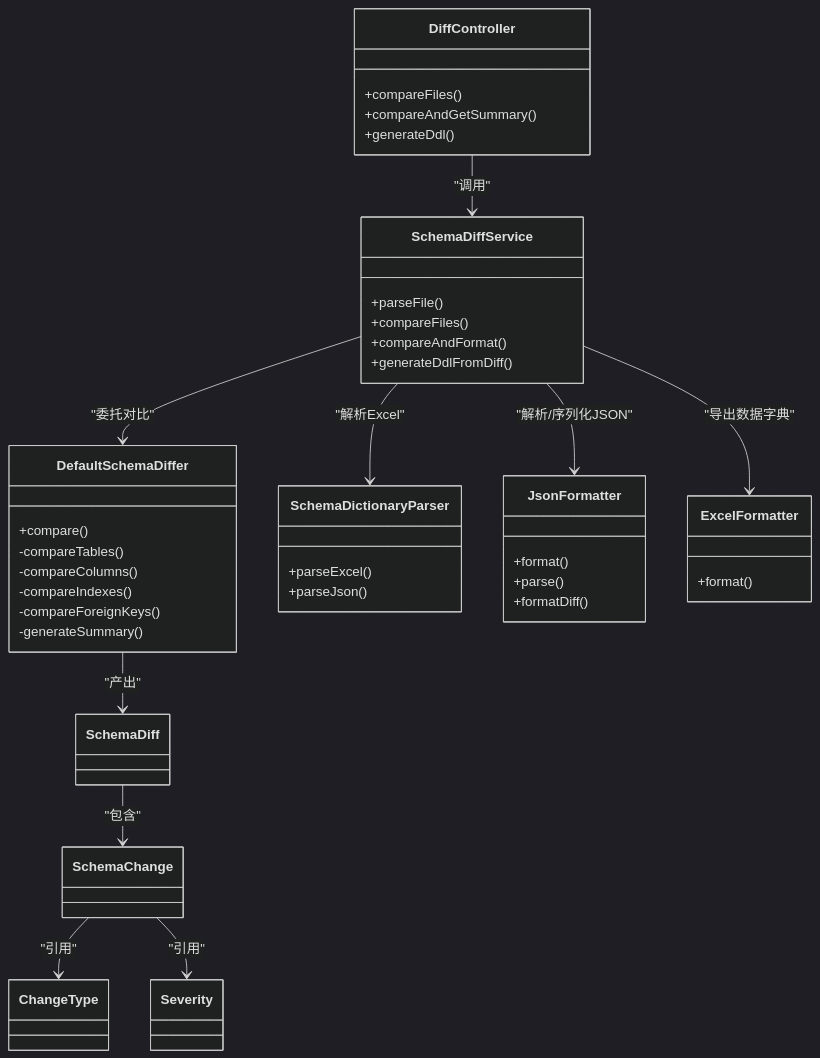
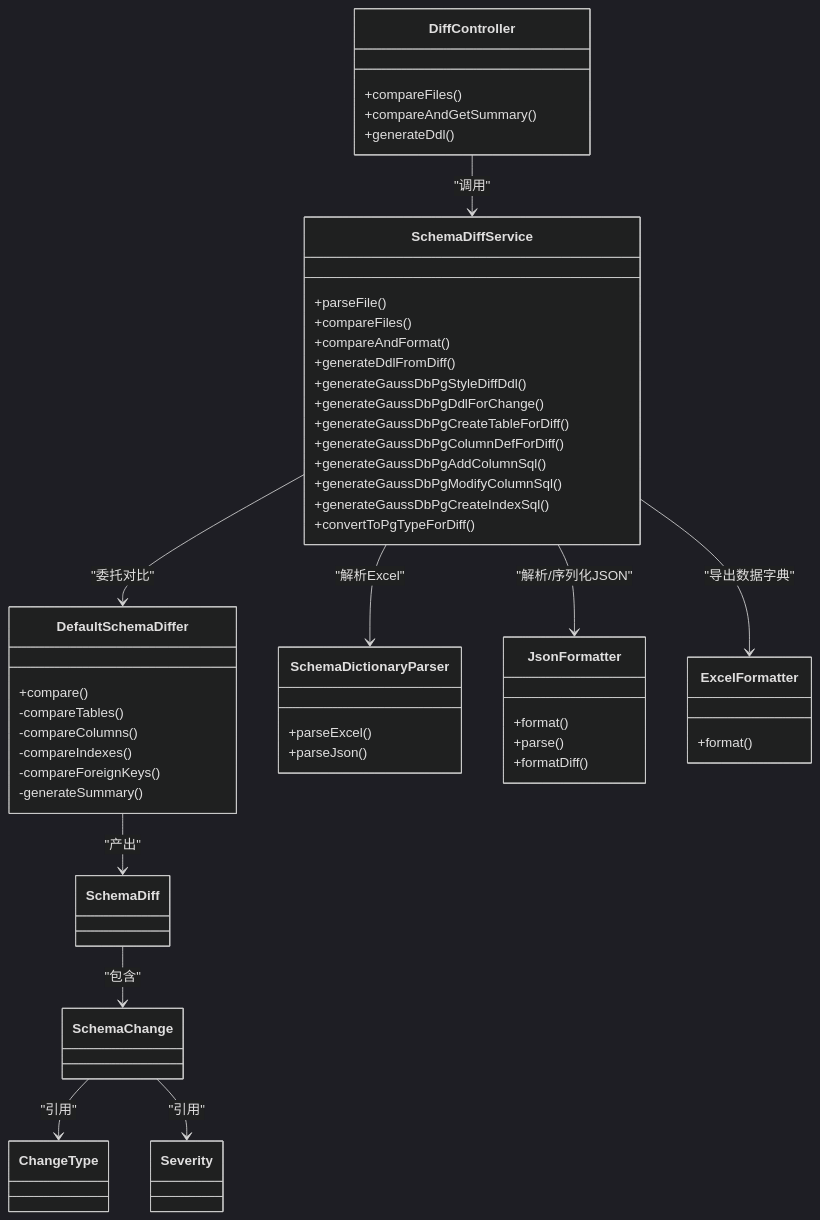
The third of 5 diagrams in .qoder/repowiki/zh/content/前端架构/页面组件详解/DiffView版本差异对比页面.md (SamLing-Why/SchemaSync), drawn with Mermaid (dark theme) before and after one commit. The commit also changed other lines of this file and 32 other files, not shown here.

````diff
--- a/.qoder/repowiki/zh/content/前端架构/页面组件详解/DiffView版本差异对比页面.md
+++ b/.qoder/repowiki/zh/content/前端架构/页面组件详解/DiffView版本差异对比页面.md
@@ -230,47 +267,55 @@
 ```mermaid
 classDiagram
 class DiffController {
 +compareFiles()
 +compareAndGetSummary()
 +generateDdl()
 }
 class SchemaDiffService {
 +parseFile()
 +compareFiles()
 +compareAndFormat()
 +generateDdlFromDiff()
++generateGaussDbPgStyleDiffDdl()
++generateGaussDbPgDdlForChange()
++generateGaussDbPgCreateTableForDiff()
++generateGaussDbPgColumnDefForDiff()
++generateGaussDbPgAddColumnSql()
++generateGaussDbPgModifyColumnSql()
++generateGaussDbPgCreateIndexSql()
++convertToPgTypeForDiff()
 }
 class DefaultSchemaDiffer {
 +compare()
 -compareTables()
 -compareColumns()
 -compareIndexes()
 -compareForeignKeys()
 -generateSummary()
 }
 class SchemaDictionaryParser {
 +parseExcel()
 +parseJson()
 }
 class JsonFormatter {
 +format()
 +parse()
 +formatDiff()
 }
 class ExcelFormatter {
 +format()
 }
 class SchemaDiff
 class SchemaChange
 class ChangeType
 class Severity
 DiffController --> SchemaDiffService : "调用"
 SchemaDiffService --> DefaultSchemaDiffer : "委托对比"
 SchemaDiffService --> SchemaDictionaryParser : "解析Excel"
 SchemaDiffService --> JsonFormatter : "解析/序列化JSON"
 SchemaDiffService --> ExcelFormatter : "导出数据字典"
 DefaultSchemaDiffer --> SchemaDiff : "产出"
 SchemaDiff --> SchemaChange : "包含"
 SchemaChange --> ChangeType : "引用"
 SchemaChange --> Severity : "引用"
 ```
````
